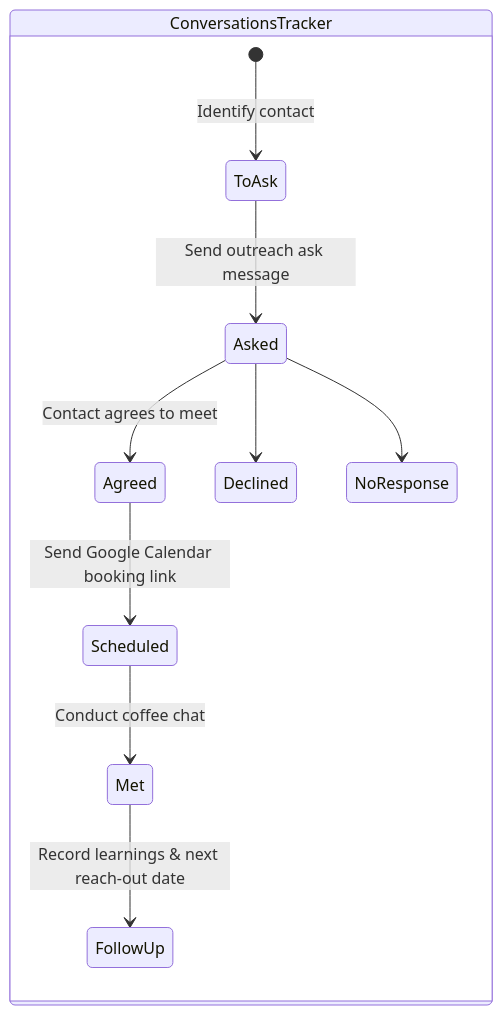
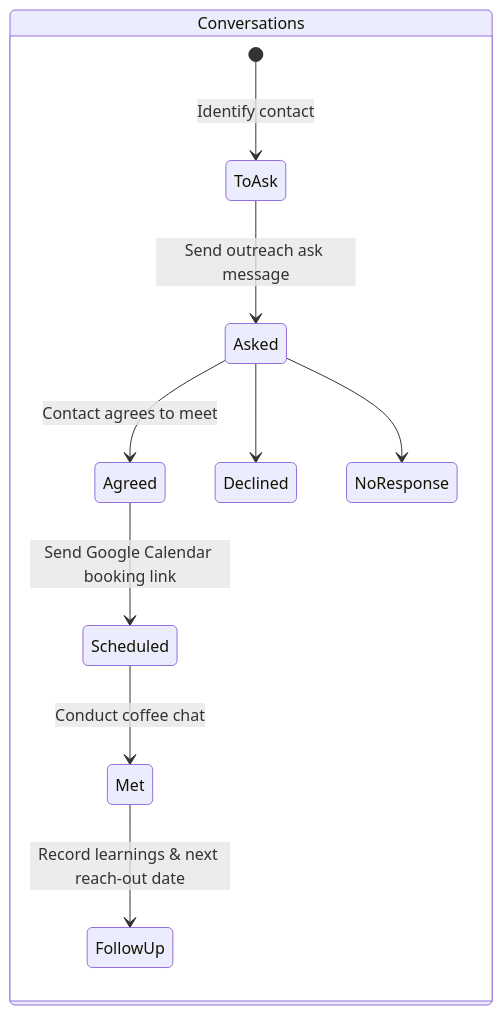
One commit to Unhurried-Careers/unhurried-product changed the sixth of 9 diagrams in docs/architecture.md. Above: the diagram before and after it, drawn with Mermaid. The commit also changed other lines of this file and 7 other files, not shown here.

````diff
--- a/docs/architecture.md
+++ b/docs/architecture.md
@@ -281,13 +281,13 @@
 ```mermaid
 stateDiagram-v2
-  state ConversationsTracker {
+  state Conversations {
     [*] --> ToAsk: Identify contact
     ToAsk --> Asked: Send outreach ask message
     Asked --> Agreed: Contact agrees to meet
     Agreed --> Scheduled: Send Google Calendar booking link
     Scheduled --> Met: Conduct coffee chat
     Met --> FollowUp: Record learnings & next reach-out date
     Asked --> Declined
     Asked --> NoResponse
   }
 ```
````
